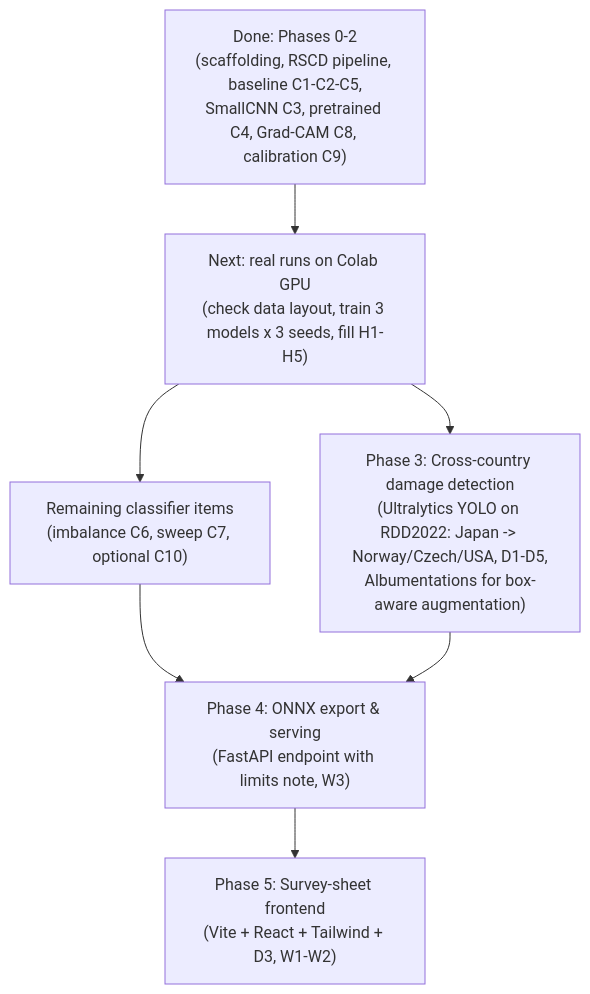
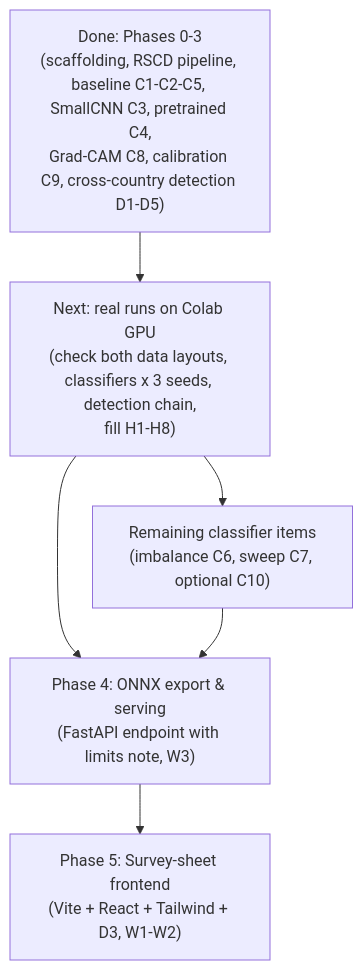
One commit to siddharth250305/road-conditions-Ai changed the diagram in guidance.md. Above: the diagram before and after it, drawn with Mermaid. The commit also changed other lines of this file and 15 other files, not shown here.

First line of the commit message:
feat: Phase 3 cross-country YOLO damage detection and domain shift

````diff
--- a/guidance.md
+++ b/guidance.md
@@ -467,16 +718,14 @@
 ```mermaid
 flowchart TD
-    Done["Done: Phases 0-2<br/>(scaffolding, RSCD pipeline, baseline C1-C2-C5,<br/>SmallCNN C3, pretrained C4, Grad-CAM C8, calibration C9)"]
-    Real["Next: real runs on Colab GPU<br/>(check data layout, train 3 models x 3 seeds, fill H1-H5)"]
+    Done["Done: Phases 0-3<br/>(scaffolding, RSCD pipeline, baseline C1-C2-C5, SmallCNN C3, pretrained C4,<br/>Grad-CAM C8, calibration C9, cross-country detection D1-D5)"]
+    Real["Next: real runs on Colab GPU<br/>(check both data layouts, classifiers x 3 seeds, detection chain,<br/>fill H1-H8)"]
     Extra["Remaining classifier items<br/>(imbalance C6, sweep C7, optional C10)"]
-    Phase3["Phase 3: Cross-country damage detection<br/>(Ultralytics YOLO on RDD2022: Japan -> Norway/Czech/USA, D1-D5,<br/>Albumentations for box-aware augmentation)"]
     Phase4["Phase 4: ONNX export & serving<br/>(FastAPI endpoint with limits note, W3)"]
     Phase5["Phase 5: Survey-sheet frontend<br/>(Vite + React + Tailwind + D3, W1-W2)"]
 
     Done --> Real
     Real --> Extra
-    Real --> Phase3
+    Real --> Phase4
     Extra --> Phase4
-    Phase3 --> Phase4
     Phase4 --> Phase5
 ```
````
